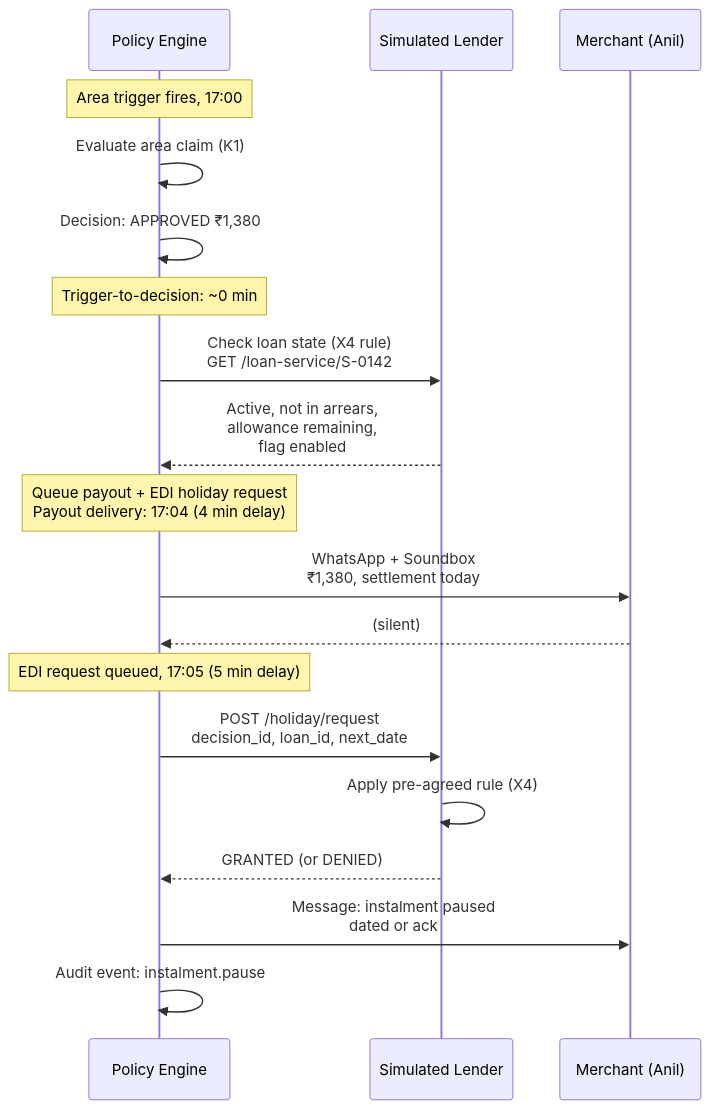
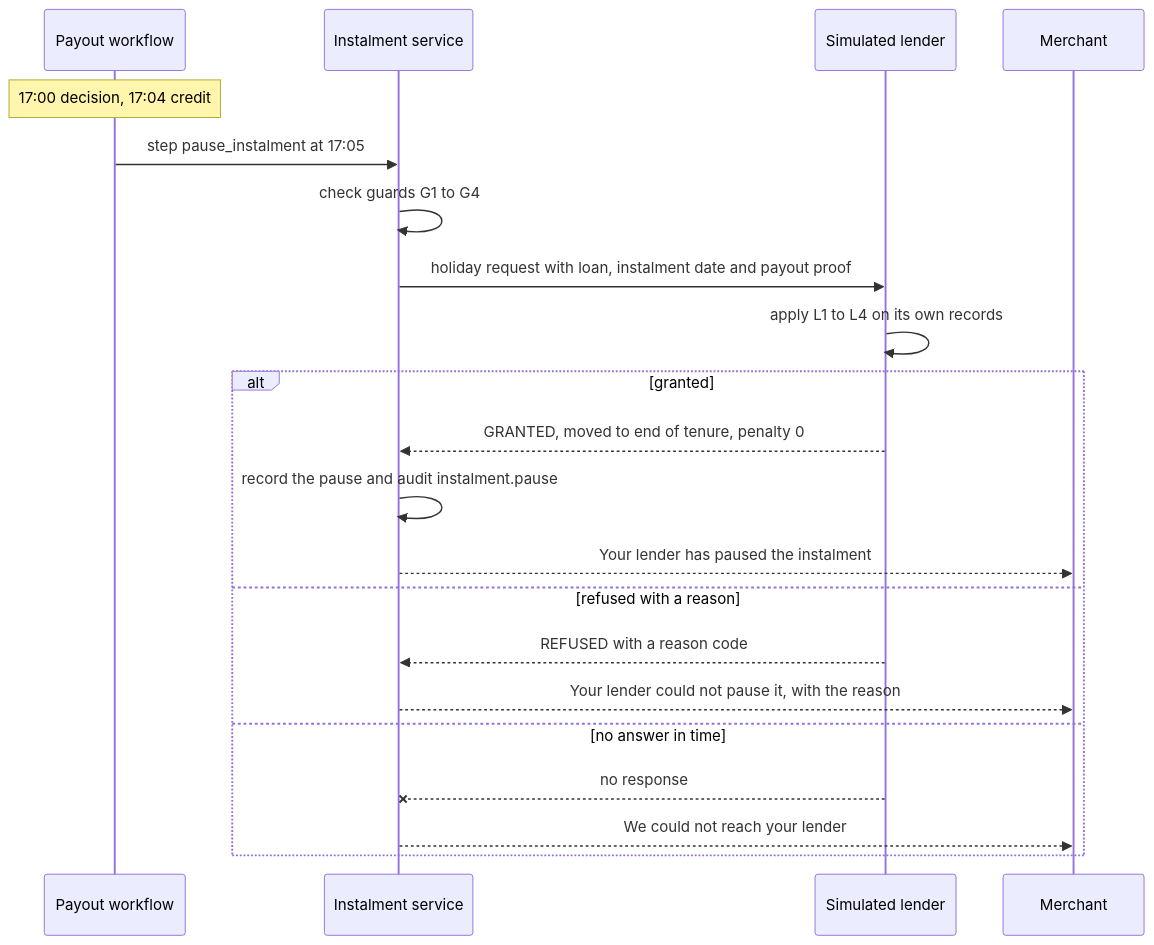
One commit to UjjwalPardeshi/Chhatri changed the first of 2 diagrams in docs/02-product/feature-specs/fs-03-edi-holiday.md. Above: the diagram before and after it, drawn with Mermaid. The commit also changed other lines of this file and 57 other files, not shown here.

````diff
--- a/docs/02-product/feature-specs/fs-03-edi-holiday.md
+++ b/docs/02-product/feature-specs/fs-03-edi-holiday.md
@@ -80,26 +75,23 @@
 ```mermaid
 sequenceDiagram
-  participant Chhatri as Policy Engine
-  participant Lender as Simulated Lender
-  participant Merchant as Merchant (Anil)
-  
-  Note over Chhatri: Area trigger fires, 17:00
-  Chhatri->>Chhatri: Evaluate area claim (K1)
-  Chhatri->>Chhatri: Decision: APPROVED ₹1,380
-  Note over Chhatri: Trigger-to-decision: ~0 min
-  
-  Chhatri->>Lender: Check loan state (X4 rule)<br/>GET /loan-service/S-0142
-  Lender-->>Chhatri: Active, not in arrears,<br/>allowance remaining,<br/>flag enabled
-  
-  Note over Chhatri: Queue payout + EDI holiday request<br/>Payout delivery: 17:04 (4 min delay)
-  Chhatri->>Merchant: WhatsApp + Soundbox<br/>₹1,380, settlement today
-  Merchant-->>Chhatri: (silent)
-  
-  Note over Chhatri: EDI request queued, 17:05 (5 min delay)
-  Chhatri->>Lender: POST /holiday/request<br/>decision_id, loan_id, next_date
-  Lender->>Lender: Apply pre-agreed rule (X4)
-  Lender-->>Chhatri: GRANTED (or DENIED)
-  
-  Chhatri->>Merchant: Message: instalment paused<br/>dated or ack
-  Chhatri->>Chhatri: Audit event: instalment.pause
+  participant WF as Payout workflow
+  participant Svc as Instalment service
+  participant L as Simulated lender
+  participant M as Merchant
+  Note over WF: 17:00 decision, 17:04 credit
+  WF->>Svc: step pause_instalment at 17:05
+  Svc->>Svc: check guards G1 to G4
+  Svc->>L: holiday request with loan, instalment date and payout proof
+  L->>L: apply L1 to L4 on its own records
+  alt granted
+    L-->>Svc: GRANTED, moved to end of tenure, penalty 0
+    Svc->>Svc: record the pause and audit instalment.pause
+    Svc-->>M: Your lender has paused the instalment
+  else refused with a reason
+    L-->>Svc: REFUSED with a reason code
+    Svc-->>M: Your lender could not pause it, with the reason
+  else no answer in time
+    L--xSvc: no response
+    Svc-->>M: We could not reach your lender
+  end
 ```
````
